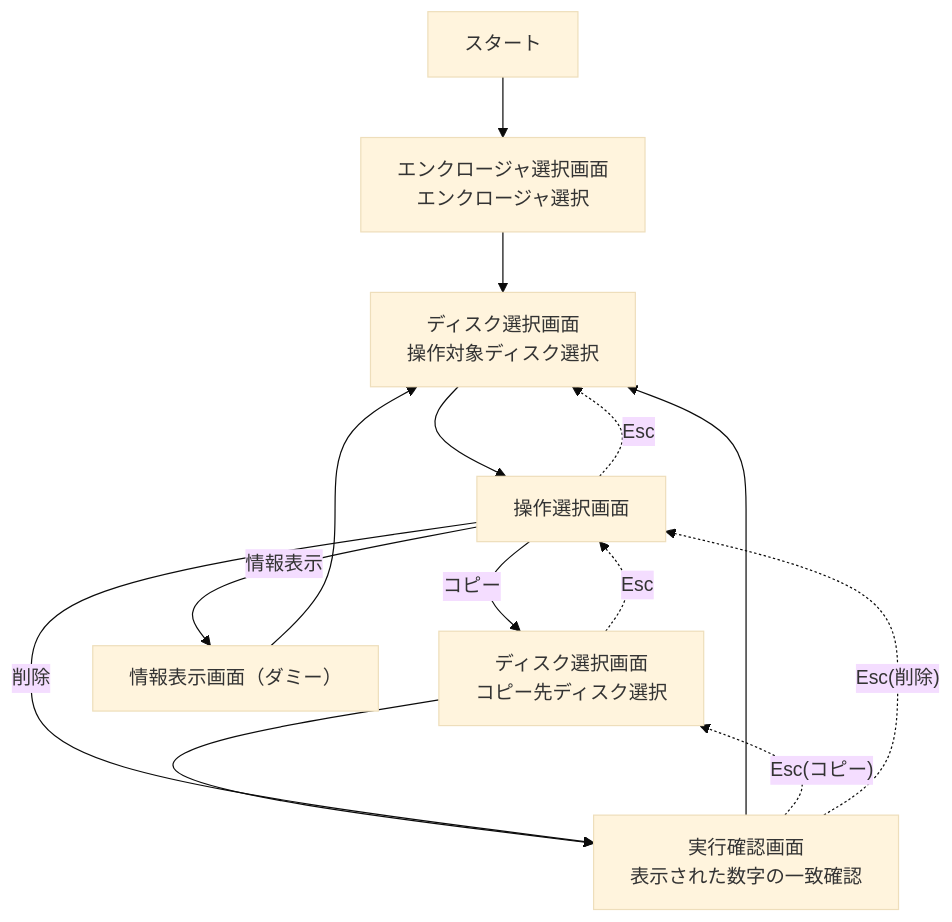
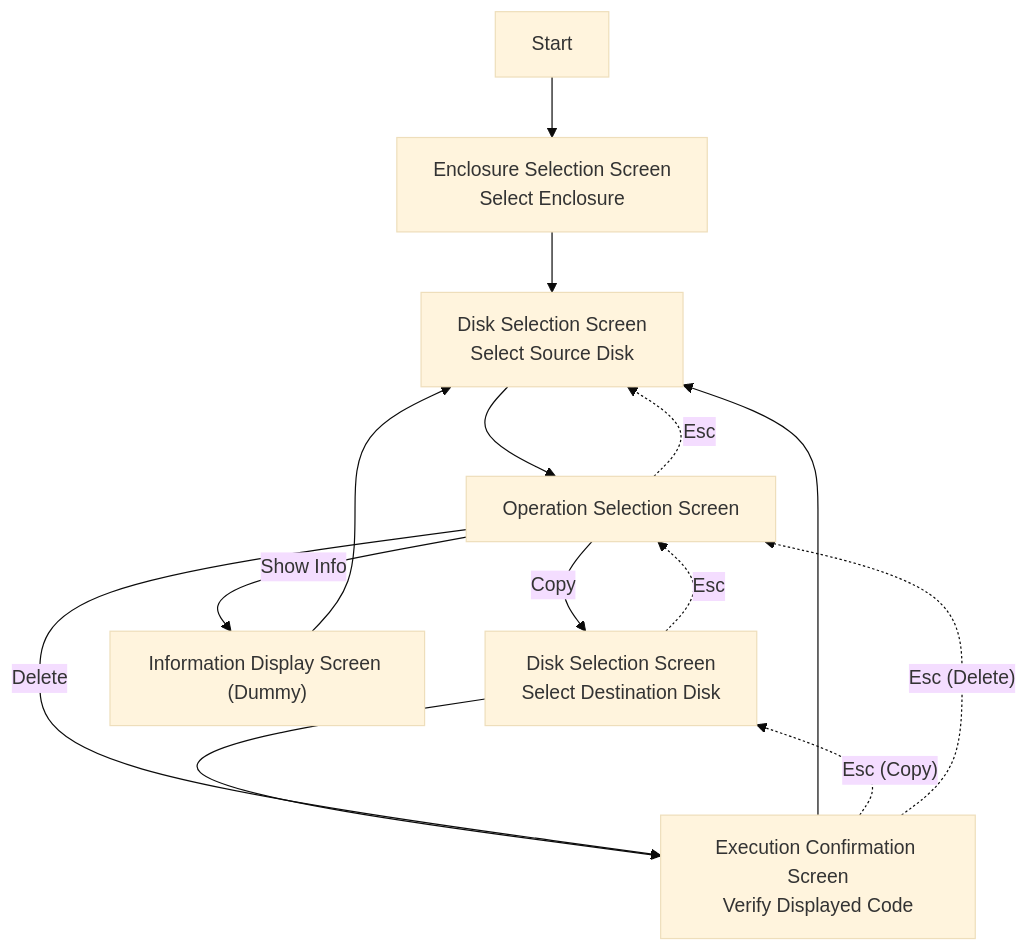
Before and after one commit to mitslabo/diskman: the diagram in README.md, drawn with Mermaid (base theme). The commit also changed other lines of this file, not shown here.

````diff
--- a/README.md
+++ b/README.md
@@ -5,26 +5,26 @@
 ```mermaid
 flowchart TB
-  start["スタート"]
-  enclosureSelect["エンクロージャ選択画面<br/>エンクロージャ選択"]
-  sourceDiskSelect["ディスク選択画面<br/>操作対象ディスク選択"]
-  operationSelect["操作選択画面"]
-  destinationDiskSelect["ディスク選択画面<br/>コピー先ディスク選択"]
-  confirmByCode["実行確認画面<br/>表示された数字の一致確認"]
-  diskInfo["情報表示画面（ダミー）"]
+  start["Start"]
+  enclosureSelect["Enclosure Selection Screen<br/>Select Enclosure"]
+  sourceDiskSelect["Disk Selection Screen<br/>Select Source Disk"]
+  operationSelect["Operation Selection Screen"]
+  destinationDiskSelect["Disk Selection Screen<br/>Select Destination Disk"]
+  confirmByCode["Execution Confirmation Screen<br/>Verify Displayed Code"]
+  diskInfo["Information Display Screen (Dummy)"]
 
   start --> enclosureSelect
   enclosureSelect --> sourceDiskSelect
   sourceDiskSelect --> operationSelect
 
-  operationSelect -- "コピー" --> destinationDiskSelect
+  operationSelect -- "Copy" --> destinationDiskSelect
   destinationDiskSelect --> confirmByCode
-  operationSelect -- "削除" --> confirmByCode
+  operationSelect -- "Delete" --> confirmByCode
   confirmByCode --> sourceDiskSelect
   destinationDiskSelect -. "Esc" .-> operationSelect
-  confirmByCode -. "Esc(コピー)" .-> destinationDiskSelect
-  confirmByCode -. "Esc(削除)" .-> operationSelect
+  confirmByCode -. "Esc (Copy)" .-> destinationDiskSelect
+  confirmByCode -. "Esc (Delete)" .-> operationSelect
   operationSelect -. "Esc" .-> sourceDiskSelect
 
-  operationSelect -- "情報表示" --> diskInfo
+  operationSelect -- "Show Info" --> diskInfo
   diskInfo --> sourceDiskSelect
 ```
````
